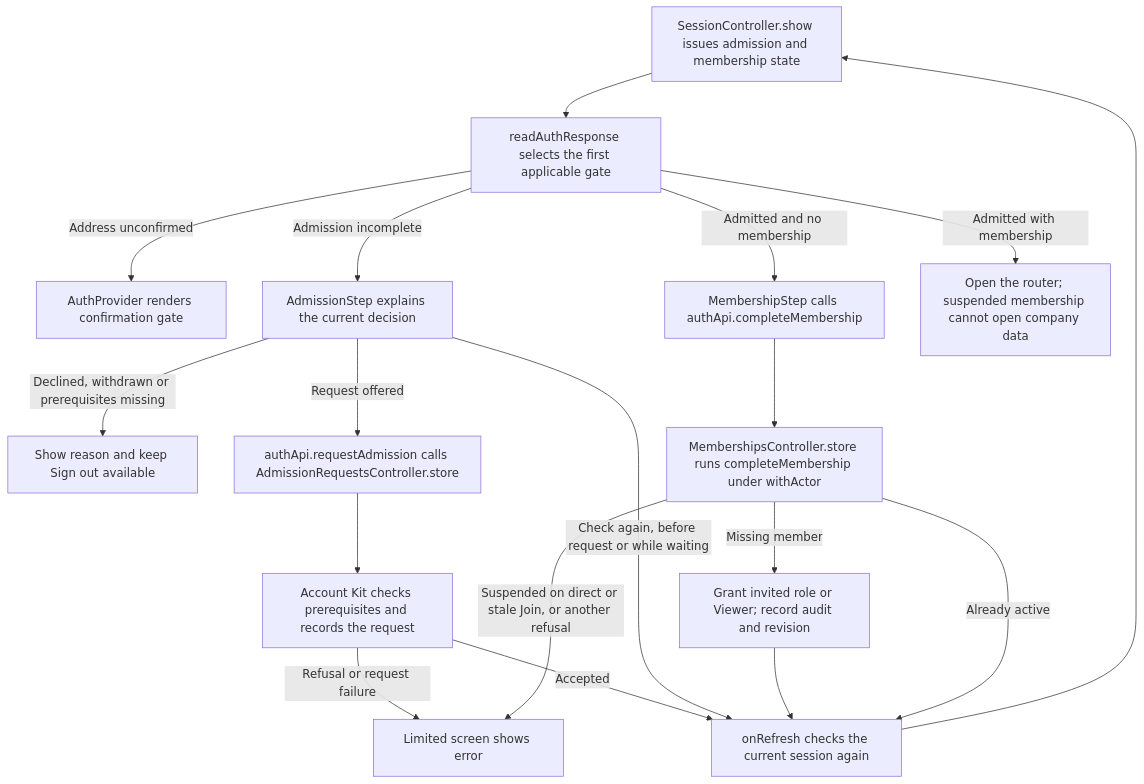
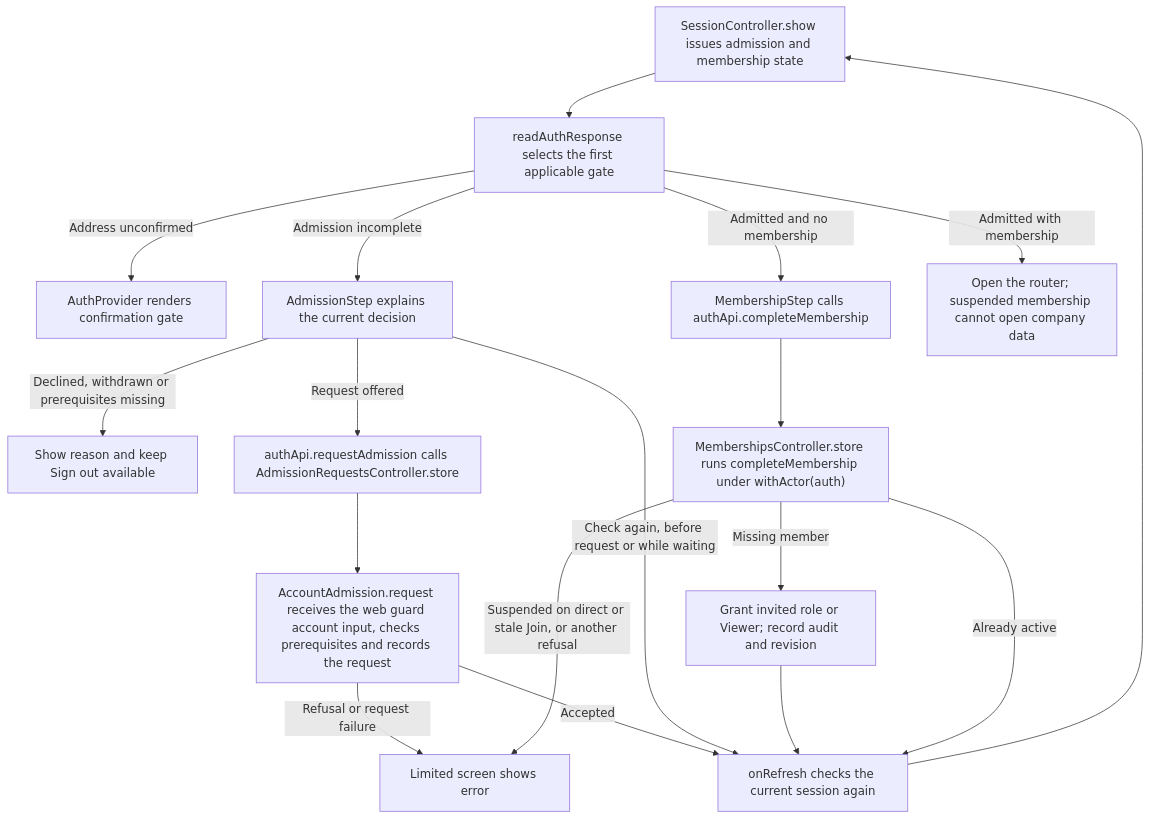
One commit to Kevinjohn/capacitylens changed the second of 2 diagrams in user-stories/team/US-TEAM-05-request-admission.md. Above: the diagram before and after it, drawn with Mermaid. The commit also changed other lines of this file and 26 other files, not shown here.

````diff
--- a/user-stories/team/US-TEAM-05-request-admission.md
+++ b/user-stories/team/US-TEAM-05-request-admission.md
@@ -37,20 +37,20 @@
 ```mermaid
 flowchart TD
   session["SessionController.show issues admission and membership state"] --> gate["readAuthResponse selects the first applicable gate"]
   gate -->|Address unconfirmed| verify["AuthProvider renders confirmation gate"]
   gate -->|Admission incomplete| admission["AdmissionStep explains the current decision"]
   admission -->|Declined, withdrawn or prerequisites missing| reason["Show reason and keep Sign out available"]
   admission -->|Request offered| request["authApi.requestAdmission calls AdmissionRequestsController.store"]
-  request --> kit["Account Kit checks prerequisites and records the request"]
+  request --> kit["AccountAdmission.request receives the web guard account input, checks prerequisites and records the request"]
   kit -->|Accepted| refresh["onRefresh checks the current session again"]
   kit -->|Refusal or request failure| error["Limited screen shows error"]
   admission -->|Check again, before request or while waiting| refresh
   refresh --> session
   gate -->|Admitted and no membership| join["MembershipStep calls authApi.completeMembership"]
-  join --> service["MembershipsController.store runs completeMembership under withActor"]
+  join --> service["MembershipsController.store runs completeMembership under withActor(auth)"]
   service -->|Missing member| write["Grant invited role or Viewer; record audit and revision"]
   write --> refresh
   service -->|Already active| refresh
   service -->|Suspended on direct or stale Join, or another refusal| error
   gate -->|Admitted with membership| app["Open the router; suspended membership cannot open company data"]
 ```
````
